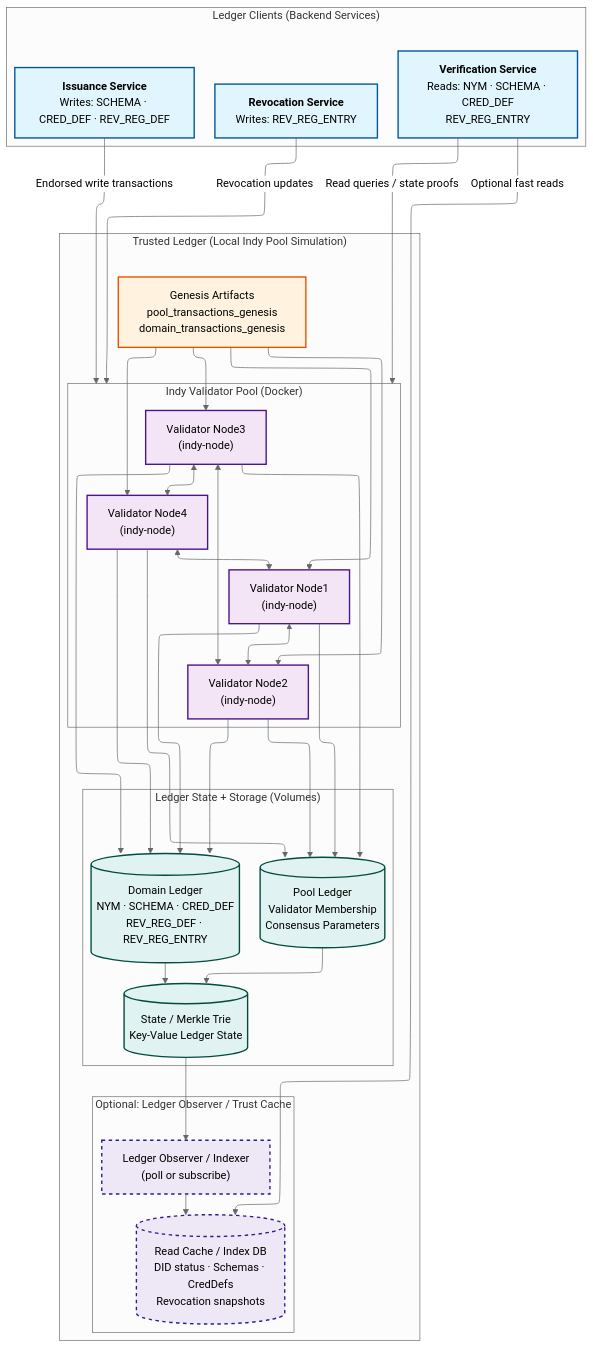
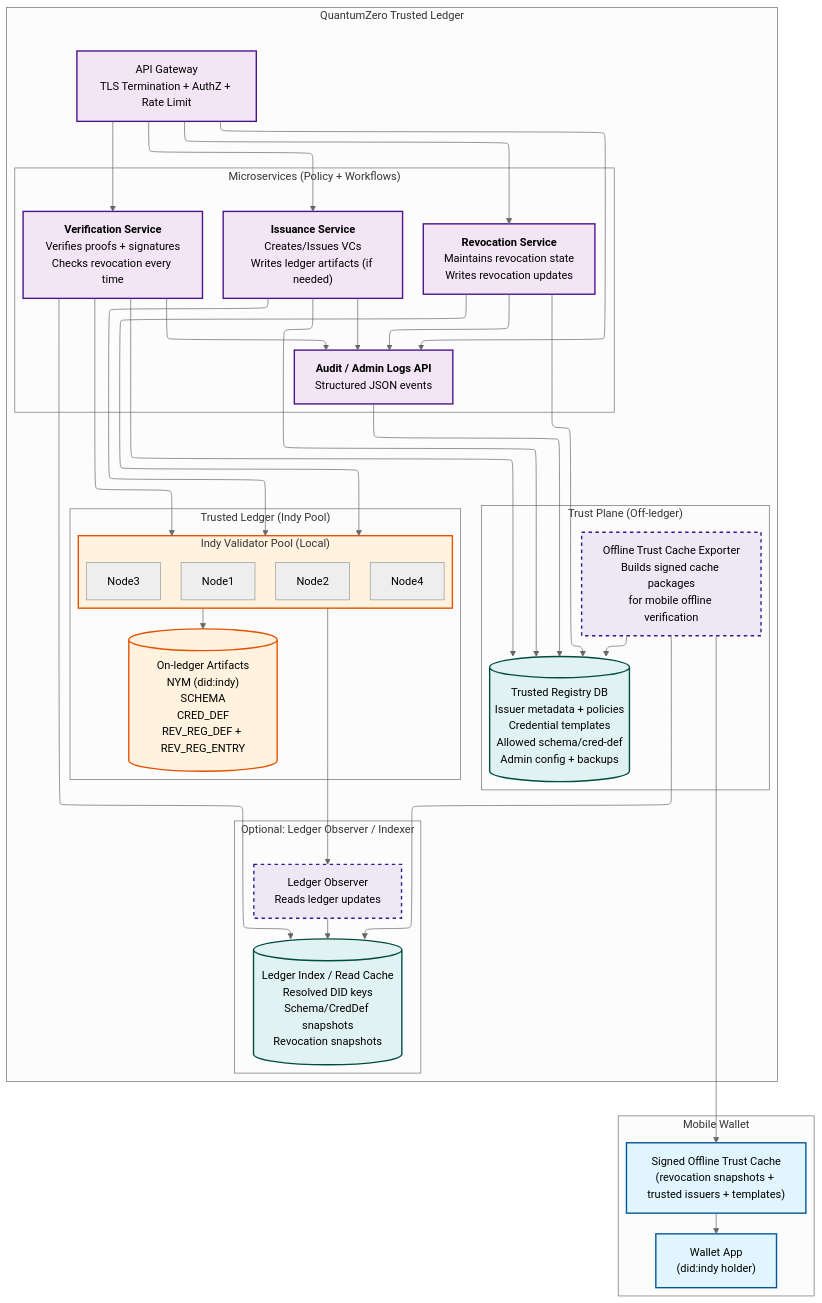
One commit to CHATEAUFORGE-LLC/QuantumZero changed the diagram in project/diagrams/trusted-ledger.mmd. Above: the diagram before and after it, drawn with Mermaid (neutral theme). The commit also changed 3 other files, not shown here.

Commit message:
Initial items related to trust ledger design and data models, also includes minor fix related to issue url link for markdown file

```diff
--- a/project/diagrams/trusted-ledger.mmd
+++ b/project/diagrams/trusted-ledger.mmd
@@ -1,98 +1,109 @@
 ---
 config:
   layout: elk
 ---
 flowchart TB
 
 %% =========================
-%% Trusted Ledger Portion
+%% Core Idea:
+%% - Indy Ledger stores verification primitives (NYM/SCHEMA/CRED_DEF/REVOCATION)
+%% - Trusted Registry DB stores descriptive + policy + admin metadata
+%% - Optional Ledger Observer indexes ledger for fast lookups and offline cache exports
 %% =========================
 
-subgraph TL["Trusted Ledger (Local Indy Pool Simulation)"]
+subgraph Cloud_Infra["QuantumZero Trusted Ledger"]
   direction TB
 
-  subgraph Pool["Indy Validator Pool (Docker)"]
+  Gateway["API Gateway<br>TLS Termination + AuthZ + Rate Limit"]
+
+  subgraph Core_Services["Microservices (Policy + Workflows)"]
     direction LR
-    N1["Validator Node1<br>(indy-node)"]
-    N2["Validator Node2<br>(indy-node)"]
-    N3["Validator Node3<br>(indy-node)"]
-    N4["Validator Node4<br>(indy-node)"]
+    IssuerSvc["<b>Issuance Service</b><br>Creates/Issues VCs<br>Writes ledger artifacts (if needed)"]
+    VerifierSvc["<b>Verification Service</b><br>Verifies proofs + signatures<br>Checks revocation every time"]
+    RevocationSvc["<b>Revocation Service</b><br>Maintains revocation state<br>Writes revocation updates"]
+    AuditSvc["<b>Audit / Admin Logs API</b><br>Structured JSON events"]
   end
 
-  subgraph Ledgers["Ledger State + Storage (Volumes)"]
+  subgraph TrustPlane["Trust Plane (Off-ledger)"]
     direction TB
-    PL[("Pool Ledger<br>Validator Membership<br>Consensus Parameters")]
-    DL[("Domain Ledger<br>NYM · SCHEMA · CRED_DEF<br>REV_REG_DEF · REV_REG_ENTRY")]
-    SL[("State / Merkle Trie<br>Key-Value Ledger State")]
+    TrustDB[("Trusted Registry DB<br>Issuer metadata + policies<br>Credential templates<br>Allowed schema/cred-def<br>Admin config + backups")]
+    CachePkg["Offline Trust Cache Exporter<br>Builds signed cache packages<br>for mobile offline verification"]
   end
 
-  GEN["Genesis Artifacts<br>pool_transactions_genesis<br>domain_transactions_genesis"]
+  subgraph LedgerPlane["Trusted Ledger (Indy Pool)"]
+    direction TB
 
-  subgraph Observer["Optional: Ledger Observer / Trust Cache"]
-    direction TB
-    OBS["Ledger Observer / Indexer<br>(poll or subscribe)"]
-    IDX[("Read Cache / Index DB<br>DID status · Schemas · CredDefs<br>Revocation snapshots")]
+    subgraph Pool["Indy Validator Pool (Local)"]
+      direction LR
+      N1["Node1"]
+      N2["Node2"]
+      N3["Node3"]
+      N4["Node4"]
+    end
+
+    LedgerArtifacts[("On-ledger Artifacts<br>NYM (did:indy)<br>SCHEMA<br>CRED_DEF<br>REV_REG_DEF + REV_REG_ENTRY")]
   end
 
-  %% Genesis bootstraps validators
-  GEN --> N1
-  GEN --> N2
-  GEN --> N3
-  GEN --> N4
+  subgraph Observer["Optional: Ledger Observer / Indexer"]
+    direction TB
+    Obs["Ledger Observer<br>Reads ledger updates"]
+    LedgerIndex[("Ledger Index / Read Cache<br>Resolved DID keys<br>Schema/CredDef snapshots<br>Revocation snapshots")]
+  end
 
-  %% Validator consensus mesh
-  N1 <--> N2
-  N2 <--> N3
-  N3 <--> N4
-  N4 <--> N1
+  %% Wiring
+  Gateway --> IssuerSvc
+  Gateway --> VerifierSvc
+  Gateway --> RevocationSvc
+  Gateway --> AuditSvc
 
-  %% Ledger writes
-  N1 --> PL
-  N2 --> PL
-  N3 --> PL
-  N4 --> PL
+  %% Services consult Trust Registry policies/metadata
+  IssuerSvc --> TrustDB
+  VerifierSvc --> TrustDB
+  RevocationSvc --> TrustDB
 
-  N1 --> DL
-  N2 --> DL
-  N3 --> DL
-  N4 --> DL
+  %% Services read/write ledger via Indy client libraries (not HTTP to ledger)
+  IssuerSvc --> Pool
+  RevocationSvc --> Pool
+  VerifierSvc --> Pool
 
-  %% State derivation
-  PL --> SL
-  DL --> SL
+  %% Ledger produces public verification artifacts
+  Pool --> LedgerArtifacts
 
-  %% Optional read optimization
-  SL --> OBS
-  OBS --> IDX
+  %% Optional observer/indexer for fast reads & offline cache generation
+  Pool --> Obs
+  Obs --> LedgerIndex
+
+  VerifierSvc --> LedgerIndex
+  CachePkg --> LedgerIndex
+  CachePkg --> TrustDB
+
+  %% Audit events
+  IssuerSvc --> AuditSvc
+  VerifierSvc --> AuditSvc
+  RevocationSvc --> AuditSvc
+  AuditSvc --> TrustDB
 end
 
 %% =========================
-%% Ledger Clients
+%% Mobile usage of Offline Cache (ties to offline verification requirement)
 %% =========================
-
-subgraph Clients["Ledger Clients (Backend Services)"]
-  direction LR
-  Issuer["<b>Issuance Service</b><br>Writes: SCHEMA · CRED_DEF · REV_REG_DEF"]
-  Verifier["<b>Verification Service</b><br>Reads: NYM · SCHEMA · CRED_DEF<br>REV_REG_ENTRY"]
-  Revoker["<b>Revocation Service</b><br>Writes: REV_REG_ENTRY"]
+subgraph Mobile["Mobile Wallet"]
+  direction TB
+  Wallet["Wallet App<br>(did:indy holder)"]
+  OfflineCache["Signed Offline Trust Cache<br>(revocation snapshots + trusted issuers + templates)"]
 end
 
-Issuer -- "Endorsed write transactions" --> Pool
-Revoker -- "Revocation updates" --> Pool
-Verifier -- "Read queries / state proofs" --> Pool
-Verifier -- "Optional fast reads" --> IDX
+CachePkg --> OfflineCache
+OfflineCache --> Wallet
 
-%% =========================
-%% Styling
-%% =========================
-classDef validator fill:#f3e5f5,stroke:#4a148c,stroke-width:2px
-classDef ledger fill:#e0f2f1,stroke:#004d40,stroke-width:2px
-classDef artifact fill:#fff3e0,stroke:#e65100,stroke-width:2px
-classDef client fill:#e1f5fe,stroke:#01579b,stroke-width:2px
-classDef cache fill:#ede7f6,stroke:#311b92,stroke-width:2px,stroke-dasharray: 5 5
+classDef cloud fill:#f3e5f5,stroke:#4a148c,stroke-width:2px
+classDef database fill:#e0f2f1,stroke:#004d40,stroke-width:2px
+classDef ledger fill:#fff3e0,stroke:#e65100,stroke-width:2px
+classDef optional fill:#ede7f6,stroke:#311b92,stroke-width:2px,stroke-dasharray: 5 5
+classDef mobile fill:#e1f5fe,stroke:#01579b,stroke-width:2px
 
-class N1,N2,N3,N4 validator
-class PL,DL,SL ledger
-class GEN artifact
-class Issuer,Verifier,Revoker client
-class OBS,IDX cache
+class Gateway,IssuerSvc,VerifierSvc,RevocationSvc,AuditSvc cloud
+class TrustDB,LedgerIndex database
+class Pool,LedgerArtifacts ledger
+class Obs,CachePkg optional
+class Wallet,OfflineCache mobile
```
